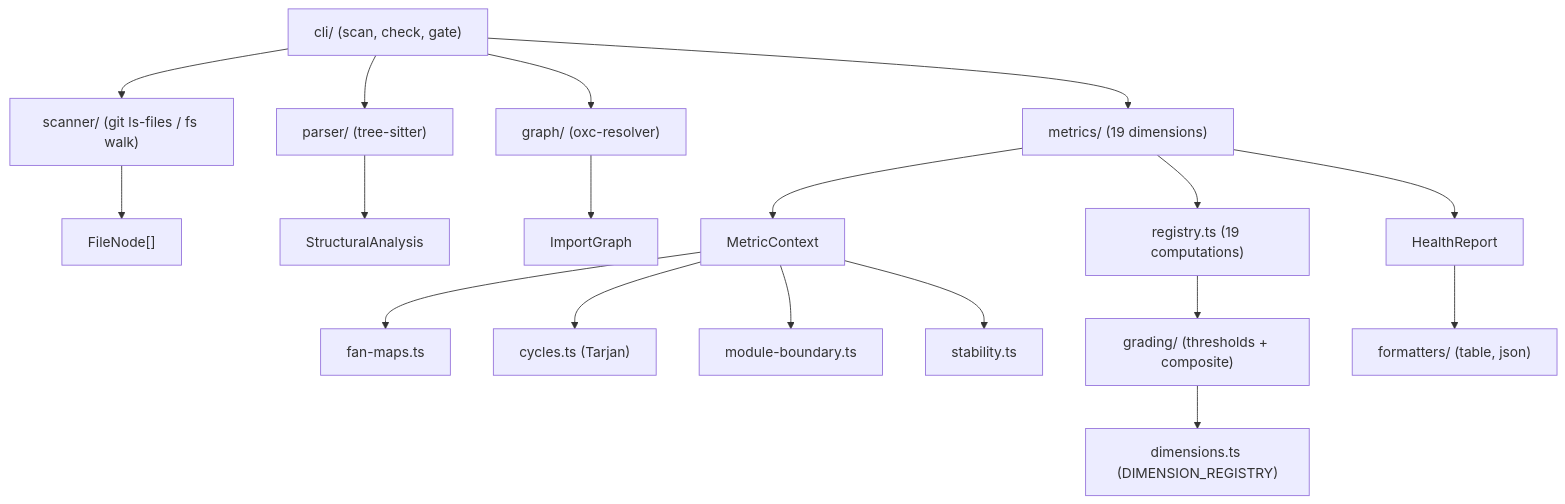
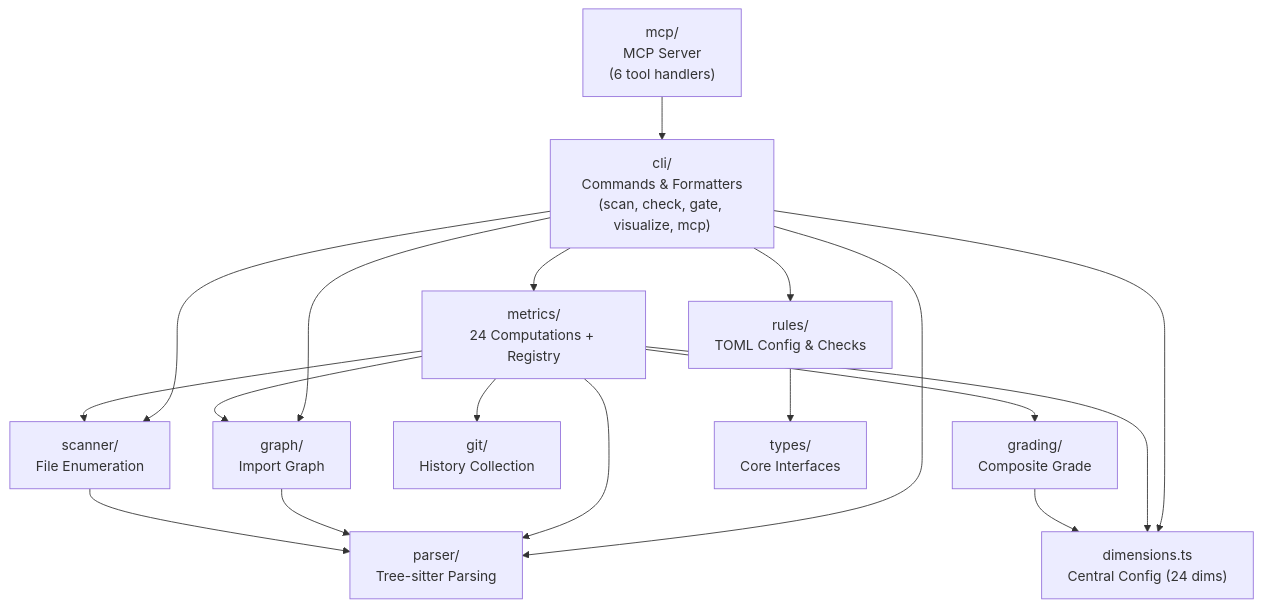
Before and after one commit to Kuroakira/sekko-arch: the first of 2 diagrams in claudedocs/analysis/sekko-arch-thorough.md, drawn with Mermaid. The commit also changed other lines of this file and 13 other files, not shown here.

````diff
--- a/claudedocs/analysis/sekko-arch-thorough.md
+++ b/claudedocs/analysis/sekko-arch-thorough.md
@@ -42,24 +15,34 @@
 ```mermaid
-graph TD
-    CLI["cli/ (scan, check, gate)"] --> Scanner["scanner/ (git ls-files / fs walk)"]
-    CLI --> Parser["parser/ (tree-sitter)"]
-    CLI --> Graph["graph/ (oxc-resolver)"]
-    CLI --> Metrics["metrics/ (19 dimensions)"]
+graph TB
+    CLI["cli/<br/>Commands & Formatters<br/>(scan, check, gate, visualize, mcp)"]
+    MCP["mcp/<br/>MCP Server<br/>(6 tool handlers)"]
+    Scanner["scanner/<br/>File Enumeration"]
+    Parser["parser/<br/>Tree-sitter Parsing"]
+    Graph["graph/<br/>Import Graph"]
+    Git["git/<br/>History Collection"]
+    Metrics["metrics/<br/>24 Computations + Registry"]
+    Grading["grading/<br/>Composite Grade"]
+    Rules["rules/<br/>TOML Config & Checks"]
+    Dims["dimensions.ts<br/>Central Config (24 dims)"]
+    Types["types/<br/>Core Interfaces"]
 
-    Scanner --> FileNode["FileNode[]"]
-    Parser --> SA["StructuralAnalysis"]
-    Graph --> IG["ImportGraph"]
+    CLI --> Scanner
+    CLI --> Parser
+    CLI --> Graph
+    CLI --> Metrics
+    CLI --> Rules
+    CLI --> Dims
+    MCP --> CLI
 
-    Metrics --> Context["MetricContext"]
-    Context --> FanMaps["fan-maps.ts"]
-    Context --> Cycles["cycles.ts (Tarjan)"]
-    Context --> ModBound["module-boundary.ts"]
-    Context --> Stability["stability.ts"]
+    Metrics --> Parser
+    Metrics --> Graph
+    Metrics --> Git
+    Metrics --> Grading
+    Metrics --> Dims
+    Metrics --> Scanner
 
-    Metrics --> Registry["registry.ts (19 computations)"]
-    Registry --> Grading["grading/ (thresholds + composite)"]
-    Grading --> Dimensions["dimensions.ts (DIMENSION_REGISTRY)"]
-
-    Metrics --> Health["HealthReport"]
-    Health --> Formatters["formatters/ (table, json)"]
+    Graph --> Parser
+    Grading --> Dims
+    Rules --> Types
+    Scanner --> Parser
 ```
````
